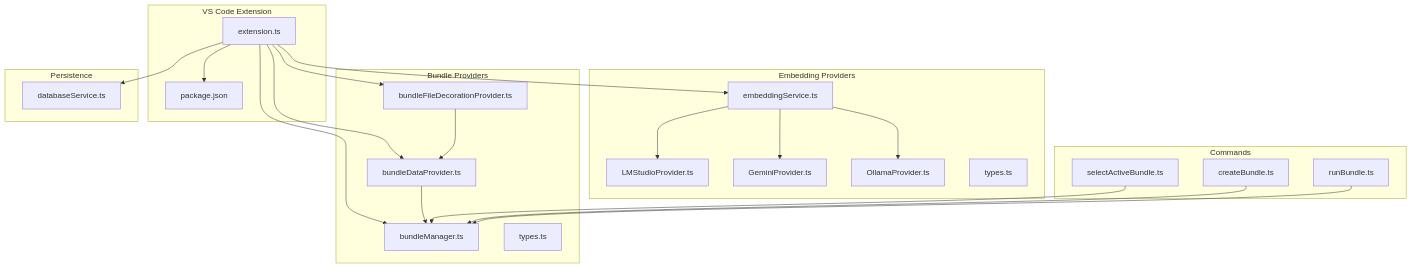
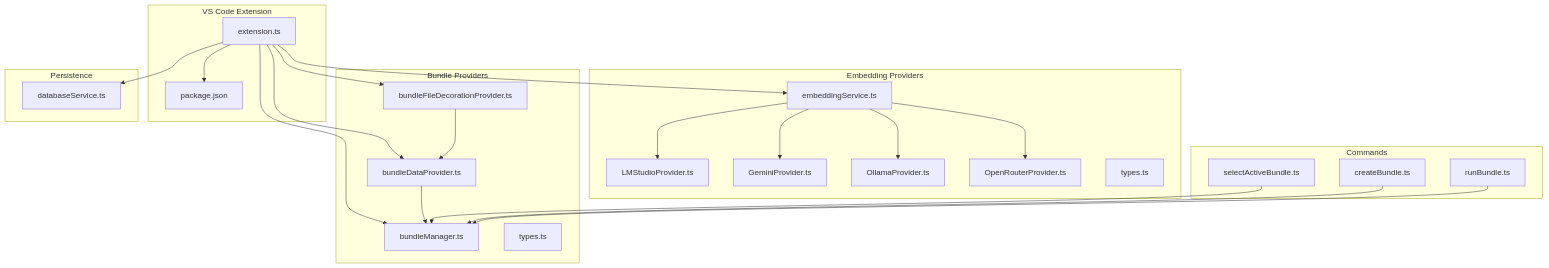
The first of 11 diagrams in .qoder/repowiki/en/content/Storage System/Provider Patterns and Integration.md (bramburn/repomix-runner), drawn with Mermaid before and after one commit. The commit also changed other lines of this file and 14 other files, not shown here.

````diff
--- a/.qoder/repowiki/en/content/Storage System/Provider Patterns and Integration.md
+++ b/.qoder/repowiki/en/content/Storage System/Provider Patterns and Integration.md
@@ -67,42 +73,44 @@
 ```mermaid
 graph TB
 subgraph "VS Code Extension"
 EXT["extension.ts"]
 PKG["package.json"]
 end
 subgraph "Bundle Providers"
 BDP["bundleDataProvider.ts"]
 BFD["bundleFileDecorationProvider.ts"]
 BM["bundleManager.ts"]
 TYP["types.ts"]
 end
 subgraph "Embedding Providers"
 LMP["LMStudioProvider.ts"]
 GMP["GeminiProvider.ts"]
 OMP["OllamaProvider.ts"]
+ORP["OpenRouterProvider.ts"]
 ETS["embeddingService.ts"]
 TYP2["types.ts"]
 end
 subgraph "Commands"
 SAB["selectActiveBundle.ts"]
 CB["createBundle.ts"]
 RB["runBundle.ts"]
 end
 subgraph "Persistence"
 DB["databaseService.ts"]
 end
 EXT --> BDP
 EXT --> BFD
 EXT --> BM
 EXT --> PKG
 BDP --> BM
 BFD --> BDP
 SAB --> BM
 CB --> BM
 RB --> BM
 EXT --> DB
 EXT --> ETS
 ETS --> LMP
 ETS --> GMP
 ETS --> OMP
+ETS --> ORP
 ```
````
